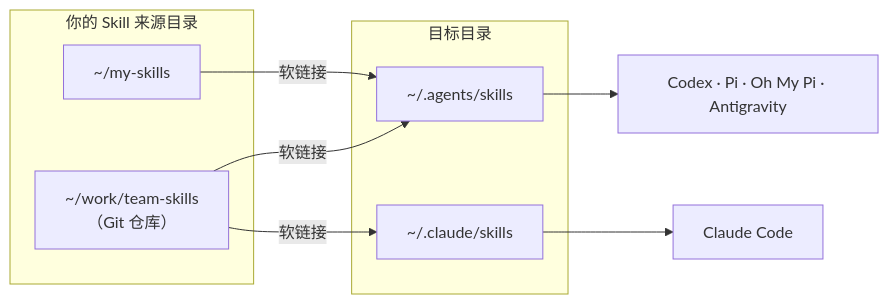
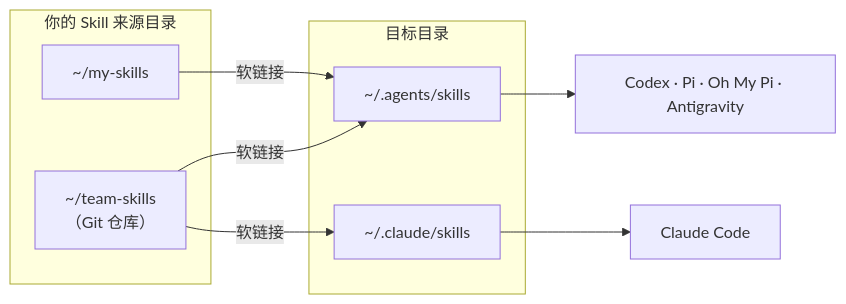
One commit to LucasLan666666/paseo-skill-hub changed the diagram in README.zh-CN.md. Above: the diagram before and after it, drawn with Mermaid. The commit also changed other lines of this file and 3 other files, not shown here.

````diff
--- a/README.zh-CN.md
+++ b/README.zh-CN.md
@@ -29,16 +43,16 @@
 ```mermaid
 flowchart LR
   subgraph S["你的 Skill 来源目录"]
-    A["~/work/team-skills<br/>（Git 仓库）"]
+    A["~/team-skills<br/>（Git 仓库）"]
     B["~/my-skills"]
   end
   subgraph T["目标目录"]
     T1["~/.agents/skills"]
     T2["~/.claude/skills"]
   end
   A -- 软链接 --> T1
   A -- 软链接 --> T2
   B -- 软链接 --> T1
   T1 --> R1["Codex · Pi · Oh My Pi · Antigravity"]
   T2 --> R2["Claude Code"]
 ```
````
